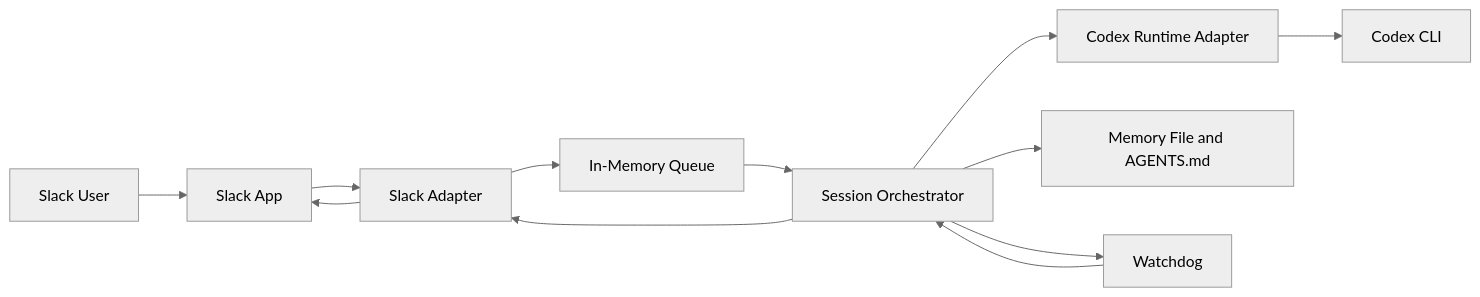
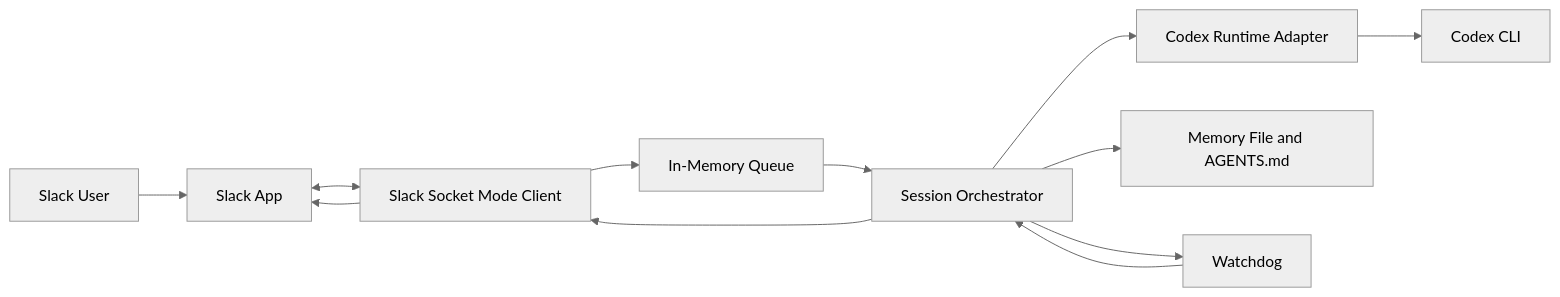
The diagram in README.md (kwang2049/coderclaw), drawn with Mermaid (neutral theme) before and after one commit. The commit also changed other lines of this file and 6 other files, not shown here.

Commit message:
Migrate Slack transport to Socket Mode

````diff
--- a/README.md
+++ b/README.md
@@ -31,14 +32,14 @@
 ```mermaid
 flowchart LR
     U[Slack User] --> S[Slack App]
-    S --> A[Slack Adapter]
+    S <--> A[Slack Socket Mode Client]
     A --> Q[In-Memory Queue]
     Q --> O[Session Orchestrator]
     O --> R[Codex Runtime Adapter]
     R --> X[Codex CLI]
     O --> M[Memory File and AGENTS.md]
     O --> W[Watchdog]
     W --> O
     O --> A
     A --> S
 ```
````
